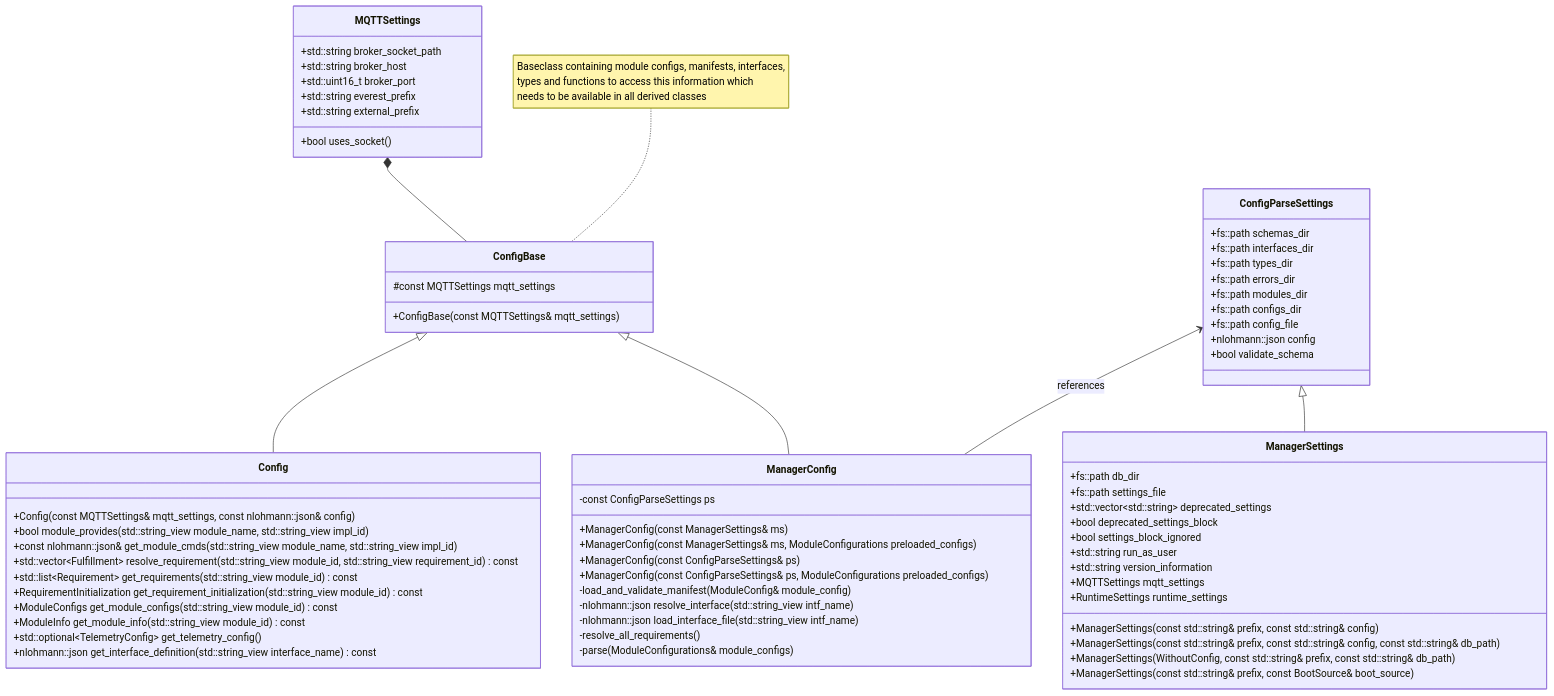
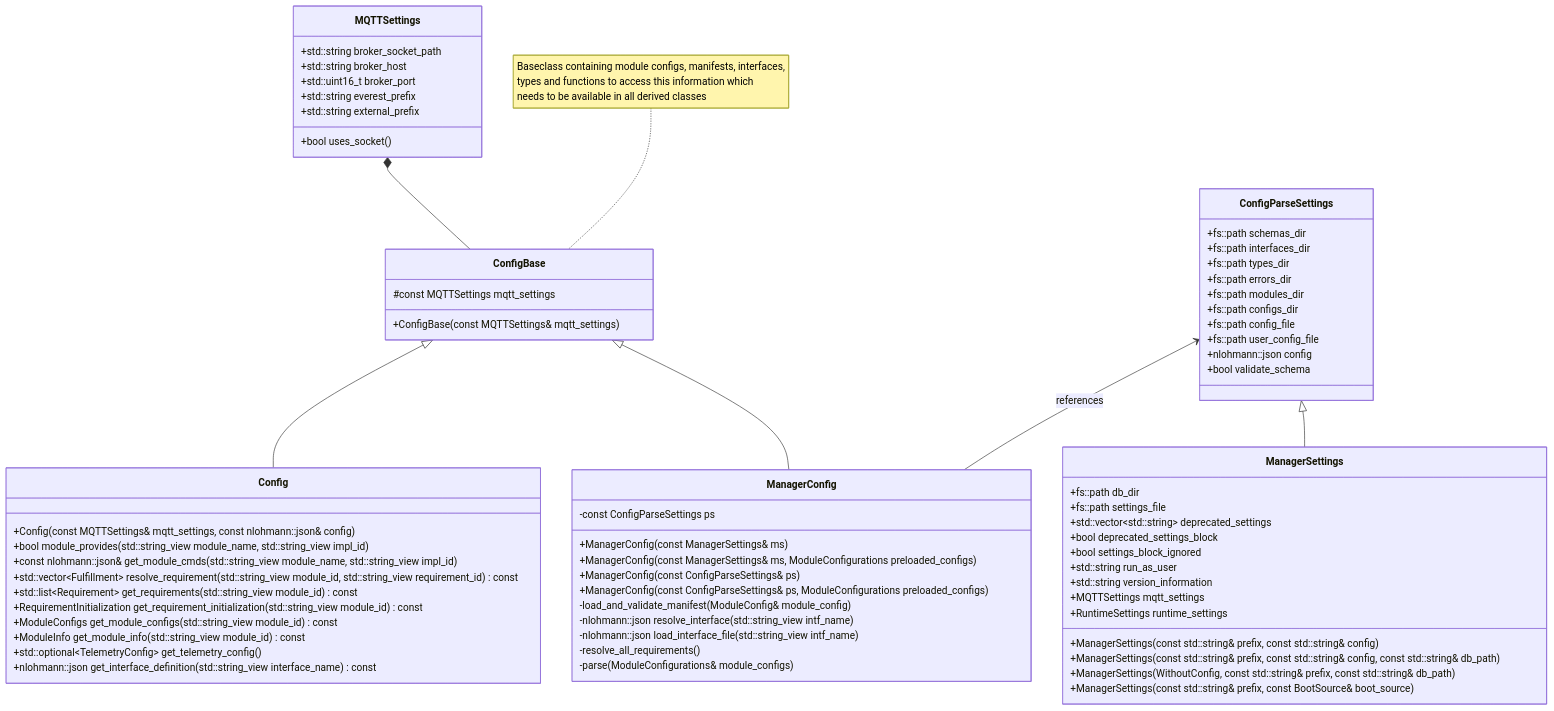
One commit to EVerest/EVerest changed the second of 2 diagrams in lib/everest/framework/docs/MQTTConfigDistribution.md. Above: the diagram before and after it, drawn with Mermaid. The commit also changed 10 other files, not shown here.

First line of the commit message:
feat(framework): add --user-config option to the manager

```diff
--- a/lib/everest/framework/docs/MQTTConfigDistribution.md
+++ b/lib/everest/framework/docs/MQTTConfigDistribution.md
@@ -76,6 +76,7 @@
     +fs::path modules_dir
     +fs::path configs_dir
     +fs::path config_file
+    +fs::path user_config_file
     +nlohmann::json config
     +bool validate_schema
 }
```
